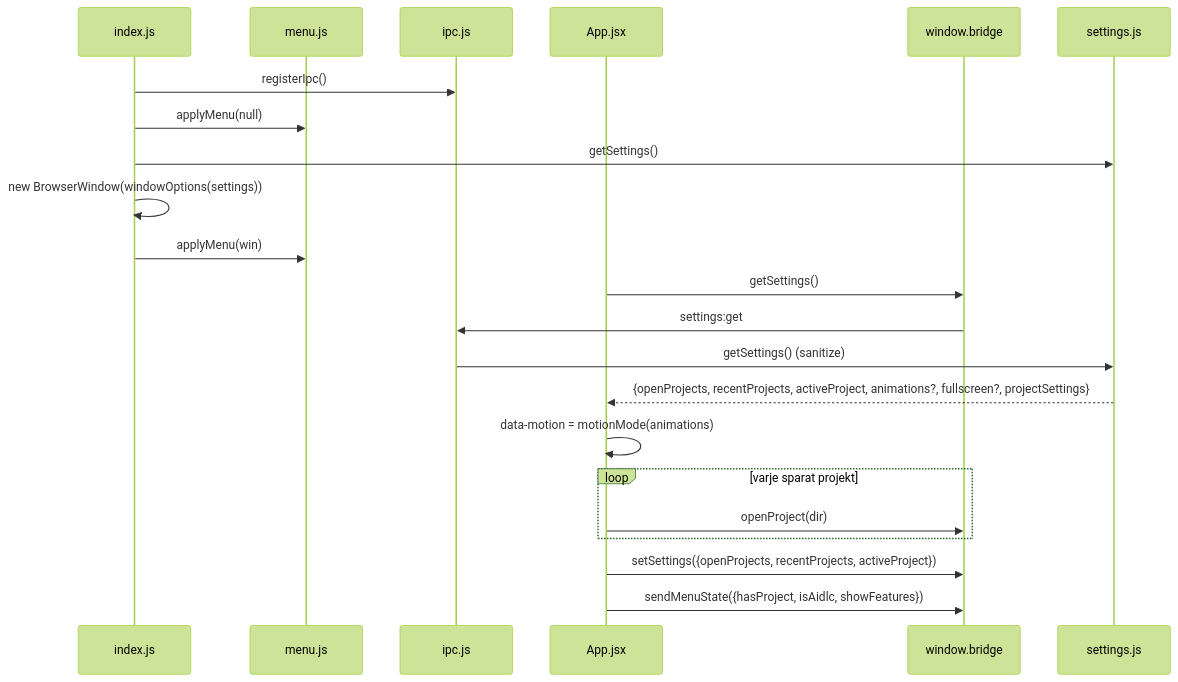
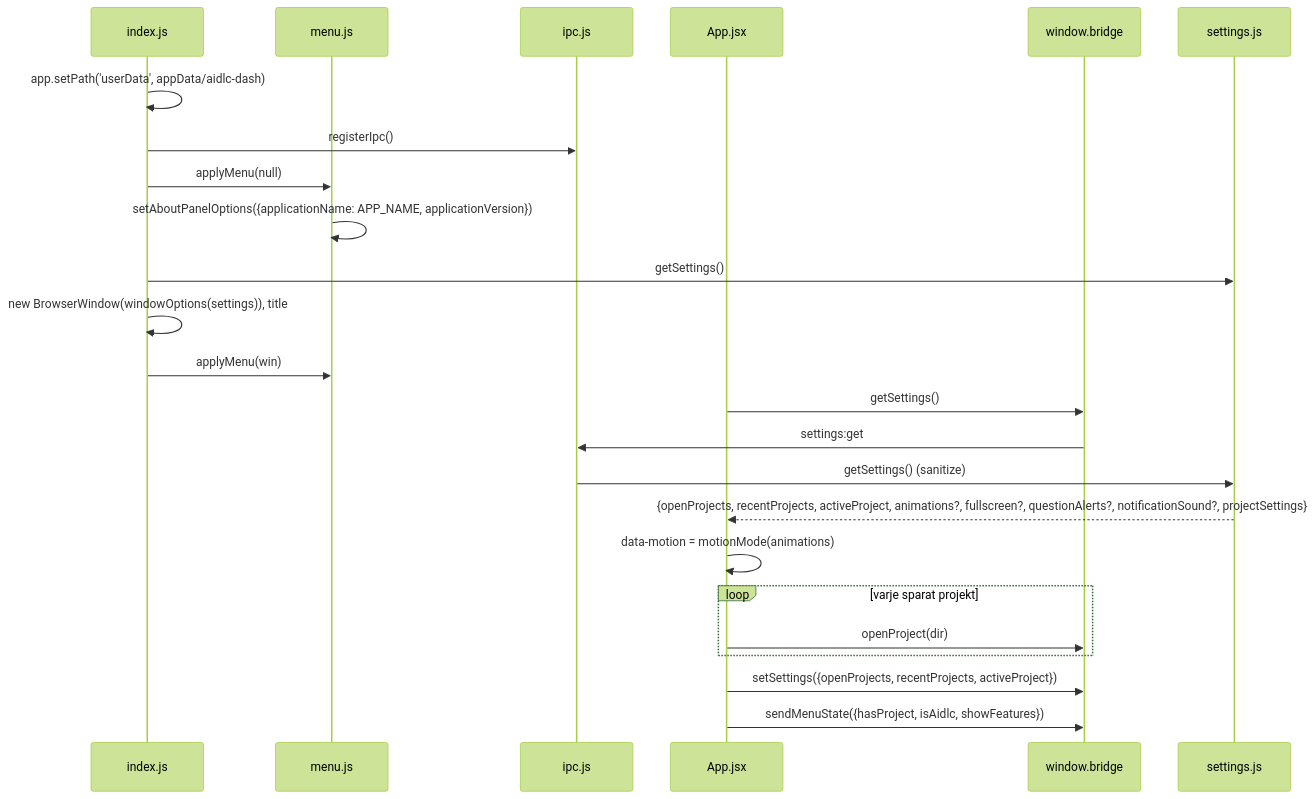
Before and after one commit to tochman/ai-dlc-thadeus: the fourth of 8 diagrams in aidlc/spaces/default/codekb/aidlc-dash/architecture.md, drawn with Mermaid (forest theme). The commit also changed other lines of this file and 57 other files, not shown here.

First line of the commit message:
feat: EPIC-04 US-0406 name the application T.H.A.D.E.U.S.

````diff
--- a/aidlc/spaces/default/codekb/aidlc-dash/architecture.md
+++ b/aidlc/spaces/default/codekb/aidlc-dash/architecture.md
@@ -124,24 +155,26 @@
 ```mermaid
 sequenceDiagram
   participant Main as index.js
   participant Menu as menu.js
   participant IPC as ipc.js
   participant App as App.jsx
   participant Bridge as window.bridge
   participant ST as settings.js
+  Main->>Main: app.setPath('userData', appData/aidlc-dash)
   Main->>IPC: registerIpc()
   Main->>Menu: applyMenu(null)
+  Menu->>Menu: setAboutPanelOptions({applicationName: APP_NAME, applicationVersion})
   Main->>ST: getSettings()
-  Main->>Main: new BrowserWindow(windowOptions(settings))
+  Main->>Main: new BrowserWindow(windowOptions(settings)), title
   Main->>Menu: applyMenu(win)
   App->>Bridge: getSettings()
   Bridge->>IPC: settings:get
   IPC->>ST: getSettings() (sanitize)
-  ST-->>App: {openProjects, recentProjects, activeProject, animations?, fullscreen?, projectSettings}
+  ST-->>App: {openProjects, recentProjects, activeProject, animations?, fullscreen?, questionAlerts?, notificationSound?, projectSettings}
   App->>App: data-motion = motionMode(animations)
   loop varje sparat projekt
     App->>Bridge: openProject(dir)
   end
   App->>Bridge: setSettings({openProjects, recentProjects, activeProject})
   App->>Bridge: sendMenuState({hasProject, isAidlc, showFeatures})
 ```
````
